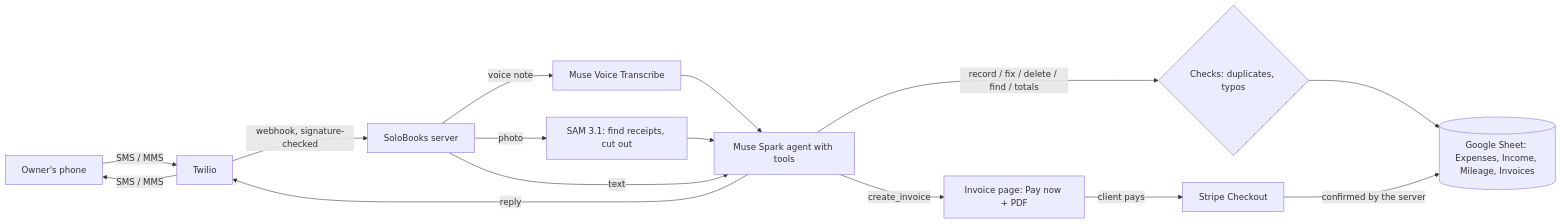
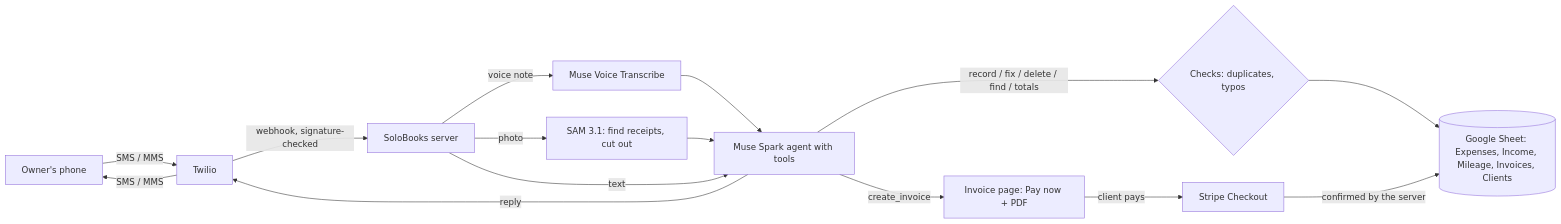
The diagram in README.md (omerincialan/solo-books-agent), drawn with Mermaid before and after one commit. The commit also changed other lines of this file and 4 other files, not shown here.

````diff
--- a/README.md
+++ b/README.md
@@ -68,17 +73,17 @@
 ```mermaid
 flowchart LR
     P[Owner's phone] -- SMS / MMS --> T[Twilio]
     T -- webhook, signature-checked --> S[SoloBooks server]
     S -- voice note --> V[Muse Voice Transcribe]
     S -- photo --> M[SAM 3.1: find receipts, cut out]
     V --> A
     M --> A
     S -- text --> A[Muse Spark agent with tools]
     A -- record / fix / delete / find / totals --> C{Checks: duplicates, typos}
-    C --> G[(Google Sheet: Expenses, Income, Mileage, Invoices)]
+    C --> G[(Google Sheet: Expenses, Income, Mileage, Invoices, Clients)]
     A -- create_invoice --> I[Invoice page: Pay now + PDF]
     I -- client pays --> ST[Stripe Checkout]
     ST -- confirmed by the server --> G
     A -- reply --> T
     T -- SMS / MMS --> P
 ```
````
